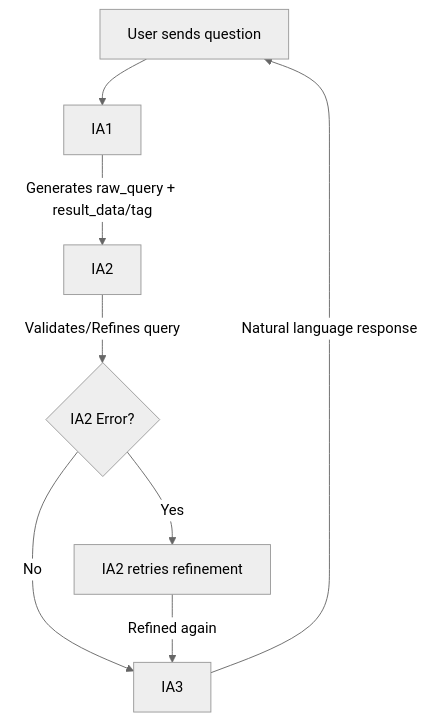
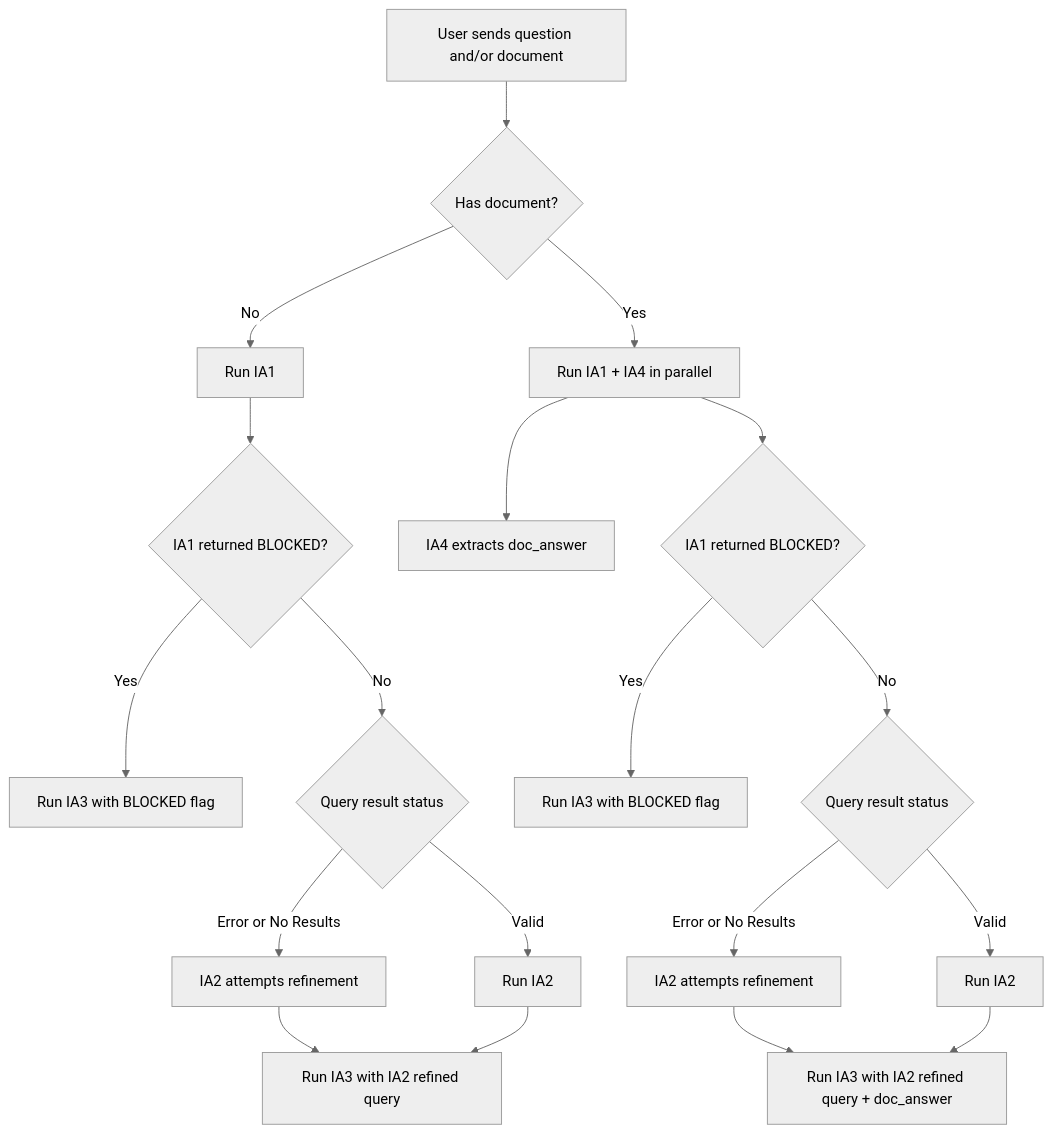
One commit to raphael-santosz/LangQueryGen changed the first of 5 diagrams in README.md. Above: the diagram before and after it, drawn with Mermaid (neutral theme). The commit also changed other lines of this file, not shown here.

````diff
--- a/README.md
+++ b/README.md
@@ -95,10 +96,21 @@
 ```mermaid
 flowchart TD
-    U[User sends question] --> IA1
-    IA1 -->|Generates raw_query + result_data/tag| IA2
-    IA2 -->|Validates/Refines query| Check{IA2 Error?}
-    Check -->|Yes| IA2Retry[IA2 retries refinement]
-    Check -->|No| IA3
-    IA2Retry -->|Refined again| IA3
-    IA3 -->|Natural language response| U
+    Start[User sends question and/or document] --> D{Has document?}
+
+    %% SEM DOCUMENTO
+    D -->|No| IA1Only[Run IA1]
+    IA1Only --> B1{IA1 returned BLOCKED?}
+    B1 -->|Yes| IA3A[Run IA3 with BLOCKED flag]
+    B1 -->|No| Q1{Query result status}
+    Q1 -->|Error or No Results| IA2A[IA2 attempts refinement] --> IA3B[Run IA3 with IA2 refined query]
+    Q1 -->|Valid| IA2A_2[Run IA2] --> IA3B
+
+    %% COM DOCUMENTO
+    D -->|Yes| Parallel[Run IA1 + IA4 in parallel]
+    Parallel --> IA4A[IA4 extracts doc_answer]
+    Parallel --> B2{IA1 returned BLOCKED?}
+    B2 -->|Yes| IA3C[Run IA3 with BLOCKED flag]
+    B2 -->|No| Q2{Query result status}
+    Q2 -->|Error or No Results| IA2B[IA2 attempts refinement] --> IA3D[Run IA3 with IA2 refined query + doc_answer]
+    Q2 -->|Valid| IA2B_2[Run IA2] --> IA3D
 ```
````
